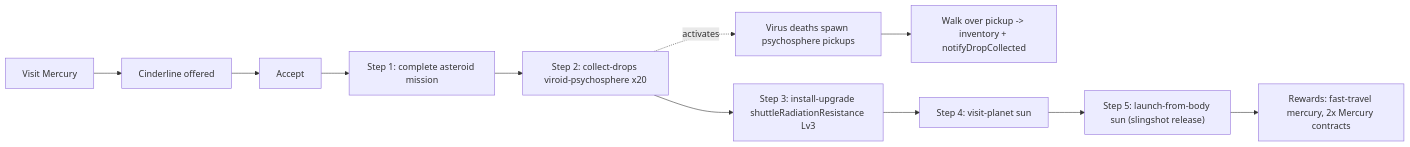
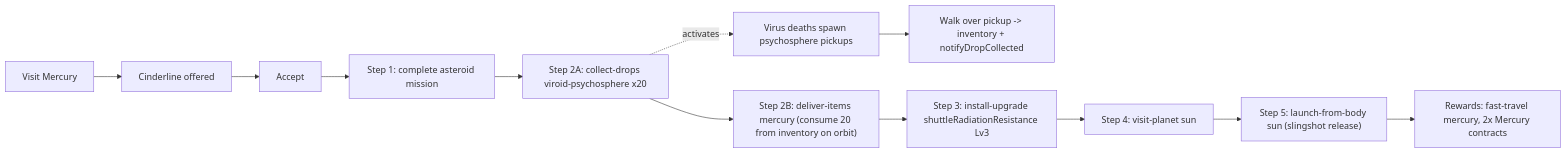
One commit to guinetik/asteroids changed the diagram in docs/contracts-cinderline.md. Above: the diagram before and after it, drawn with Mermaid. The commit also changed other lines of this file and 6 other files, not shown here.

First line of the commit message:
feat(contracts): deliver-items step + cinderline handoff

````diff
--- a/docs/contracts-cinderline.md
+++ b/docs/contracts-cinderline.md
@@ -23,13 +24,14 @@
 ```mermaid
 flowchart LR
   visit[Visit Mercury] --> offer[Cinderline offered]
   offer --> accept[Accept]
   accept --> s1["Step 1: complete asteroid mission"]
-  s1 --> s2["Step 2: collect-drops viroid-psychosphere x20"]
-  s2 -.activates.-> drops[Virus deaths spawn psychosphere pickups]
+  s1 --> s2a["Step 2A: collect-drops viroid-psychosphere x20"]
+  s2a -.activates.-> drops[Virus deaths spawn psychosphere pickups]
   drops --> pickup[Walk over pickup -&gt; inventory + notifyDropCollected]
-  s2 --> s3["Step 3: install-upgrade shuttleRadiationResistance Lv3"]
+  s2a --> s2b["Step 2B: deliver-items mercury (consume 20 from inventory on orbit)"]
+  s2b --> s3["Step 3: install-upgrade shuttleRadiationResistance Lv3"]
   s3 --> s4["Step 4: visit-planet sun"]
   s4 --> s5["Step 5: launch-from-body sun (slingshot release)"]
   s5 --> done["Rewards: fast-travel mercury, 2x Mercury contracts"]
 ```
````
